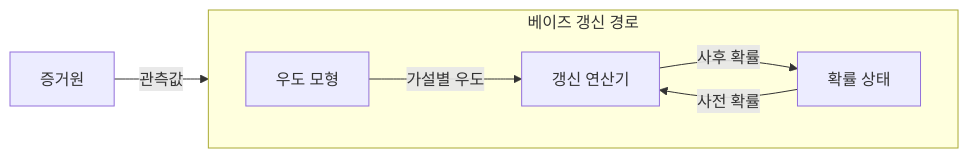
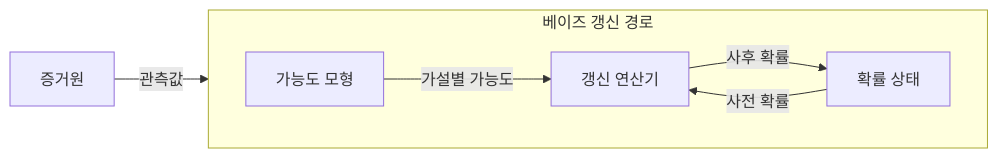
The first of 2 diagrams in src/content/docs/notes/01-basic-theory/031_bayes_theorem.md (agnusdei1207/knowledge-base), drawn with Mermaid before and after one commit. The commit also changed other lines of this file and 2 other files, not shown here.

````diff
--- a/src/content/docs/notes/01-basic-theory/031_bayes_theorem.md
+++ b/src/content/docs/notes/01-basic-theory/031_bayes_theorem.md
@@ -59,10 +59,10 @@
 ```mermaid
 flowchart LR
     subgraph B["베이즈 갱신 경로"]
         direction LR
-        L["우도 모형"] -->|가설별 우도| U["갱신 연산기"]
+        L["가능도 모형"] -->|가설별 가능도| U["갱신 연산기"]
         S["확률 상태"] -->|사전 확률| U
         U -->|사후 확률| S
     end
     O["증거원"] -->|관측값| L
 ```
````
